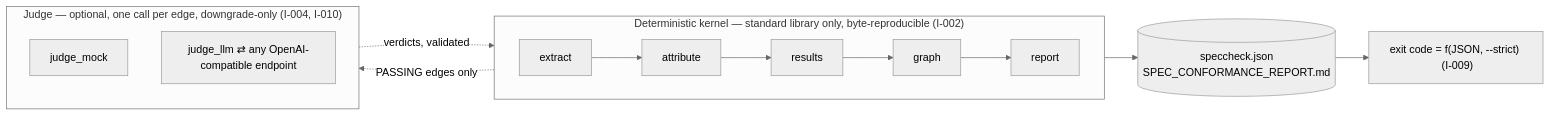
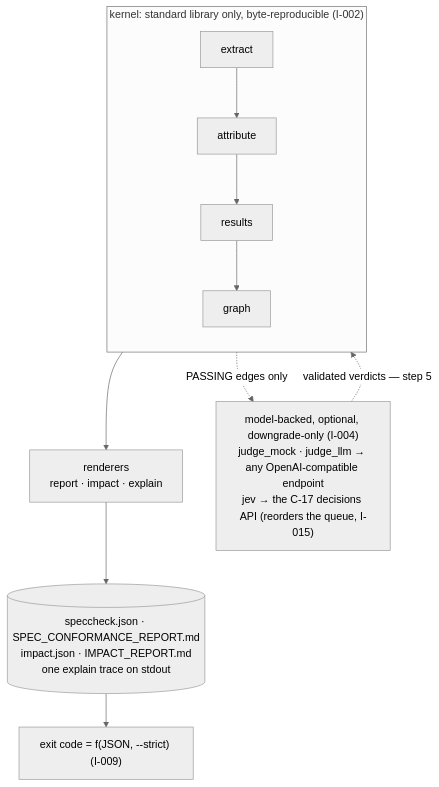
Before and after one commit to rioffe/speccheck: the first of 12 diagrams in ARCHITECTURE.md, drawn with Mermaid (neutral theme). The commit also changed other lines of this file and 3 other files, not shown here.

First line of the commit message:
docs(architecture): rewrite ARCHITECTURE.md to the v1.18 build, and fix two defects the render showed (F-5)

````diff
--- a/ARCHITECTURE.md
+++ b/ARCHITECTURE.md
@@ -22,15 +36,12 @@
 ```mermaid
-flowchart LR
-    subgraph K["Deterministic kernel — standard library only, byte-reproducible (I-002)"]
-        direction LR
-        E[extract] --> A[attribute] --> R[results] --> G[graph] --> P[report]
+flowchart TB
+    subgraph K["kernel: standard library only, byte-reproducible (I-002)"]
+        direction TB
+        E[extract] --> A[attribute] --> R[results] --> G[graph]
     end
-    subgraph J["Judge — optional, one call per edge, downgrade-only (I-004, I-010)"]
-        M[judge_mock]
-        L["judge_llm ⇄ any OpenAI-compatible endpoint"]
-    end
-    G -. "PASSING edges only" .-> J
-    J -. "verdicts, validated" .-> G
-    P --> OUT[("speccheck.json\nSPEC_CONFORMANCE_REPORT.md")]
-    OUT --> X["exit code = f(JSON, --strict)  (I-009)"]
+    G --> RP["renderers<br/>report · impact · explain"]
+    G -. "PASSING edges only" .-> J["model-backed, optional, downgrade-only (I-004)<br/>judge_mock · judge_llm → any OpenAI-compatible endpoint<br/>jev → the C-17 decisions API (reorders the queue, I-015)"]
+    J -. "validated verdicts — step 5" .-> G
+    RP --> OUT[("speccheck.json · SPEC_CONFORMANCE_REPORT.md<br/>impact.json · IMPACT_REPORT.md<br/>one explain trace on stdout")]
+    OUT --> X["exit code = f(JSON, --strict) (I-009)"]
 ```
````
